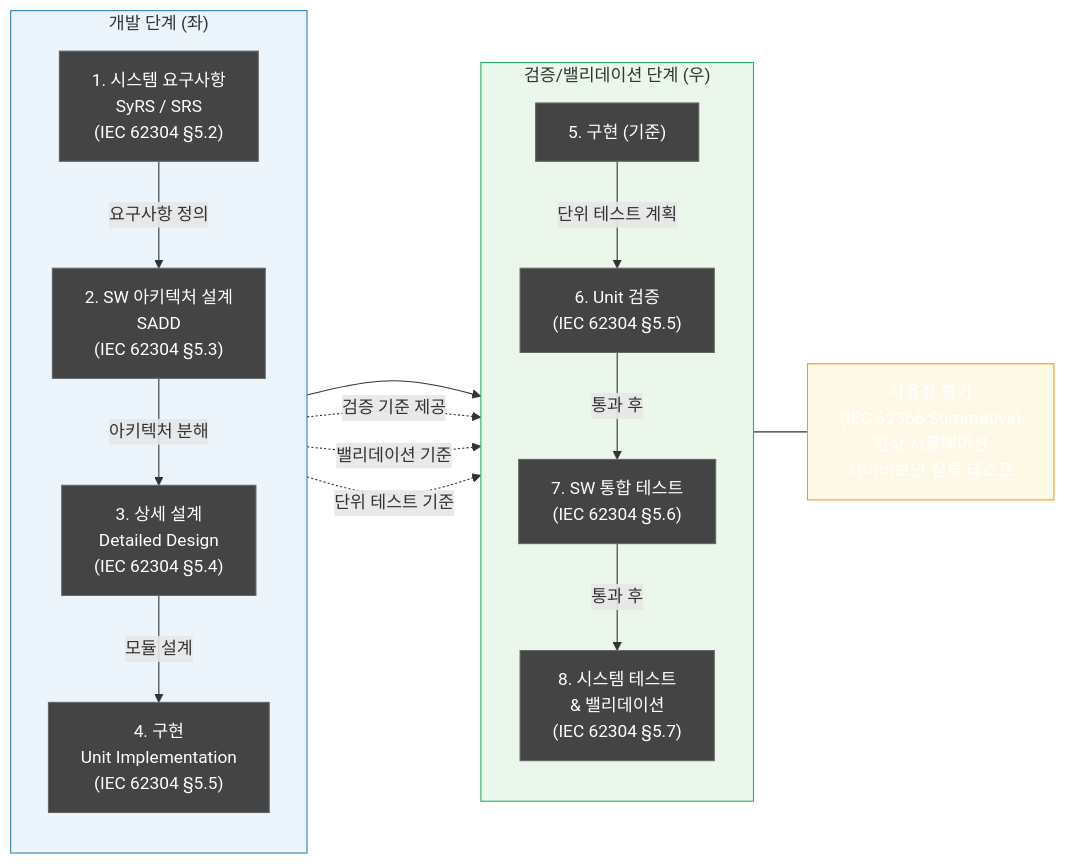
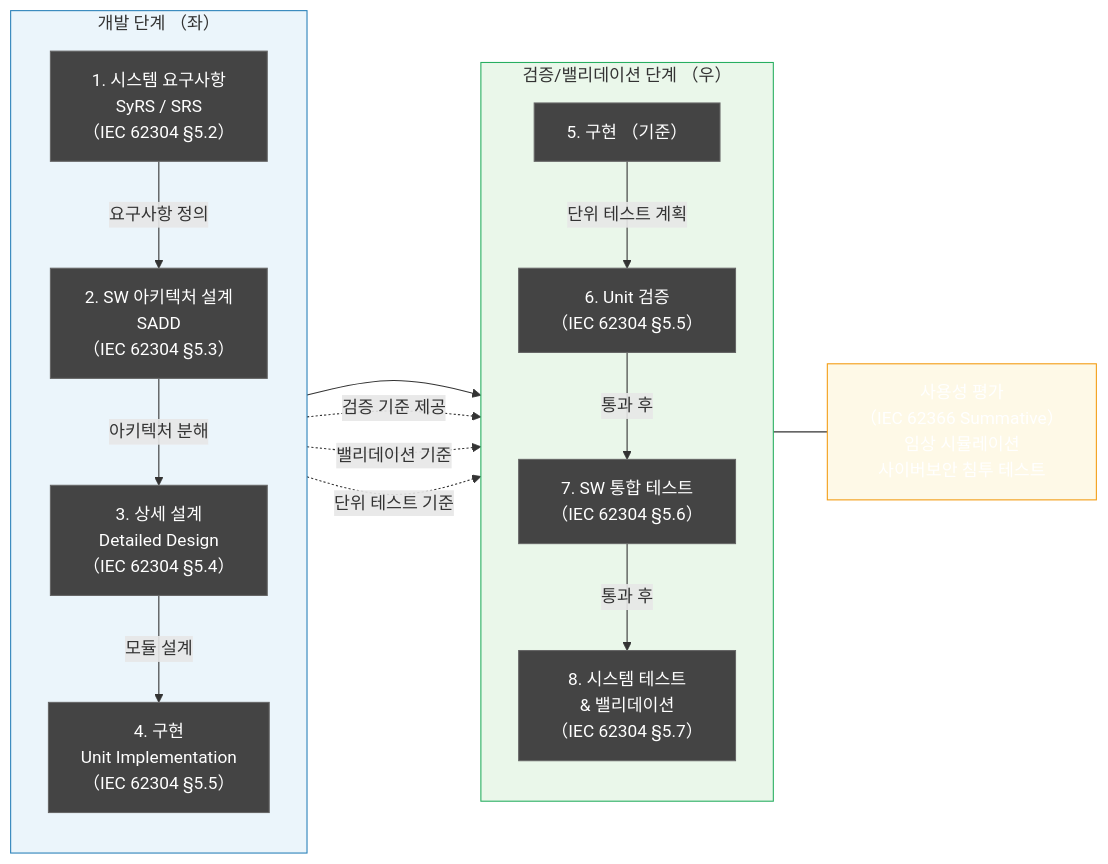
One commit to holee9/console-gui changed the tenth of 10 diagrams in docs/management/WBS-001_WBS_v1.0.md. Above: the diagram before and after it, drawn with Mermaid. The commit also changed other lines of this file and 22 other files, not shown here.

First line of the commit message:
fix: Mermaid flowchart 노드 내 괄호 파싱 오류 전면 수정

````diff
--- a/docs/management/WBS-001_WBS_v1.0.md
+++ b/docs/management/WBS-001_WBS_v1.0.md
@@ -630,38 +630,38 @@
 ```mermaid
 flowchart LR
     classDef default fill:#444,stroke:#666,color:#fff
-    subgraph LEFT["개발 단계 (좌)"]
+    subgraph LEFT["개발 단계 （좌）"]
         direction TB
-        SyRS["1. 시스템 요구사항\nSyRS / SRS\n(IEC 62304 §5.2)"]
-        SADD["2. SW 아키텍처 설계\nSADD\n(IEC 62304 §5.3)"]
-        DD["3. 상세 설계\nDetailed Design\n(IEC 62304 §5.4)"]
-        CODE["4. 구현\nUnit Implementation\n(IEC 62304 §5.5)"]
+        SyRS["1. 시스템 요구사항\nSyRS / SRS\n（IEC 62304 §5.2）"]
+        SADD["2. SW 아키텍처 설계\nSADD\n（IEC 62304 §5.3）"]
+        DD["3. 상세 설계\nDetailed Design\n（IEC 62304 §5.4）"]
+        CODE["4. 구현\nUnit Implementation\n（IEC 62304 §5.5）"]
     end
 
-    subgraph RIGHT["검증/밸리데이션 단계 (우)"]
+    subgraph RIGHT["검증/밸리데이션 단계 （우）"]
         direction TB
-        SysTest["8. 시스템 테스트\n& 밸리데이션\n(IEC 62304 §5.7)"]
-        IntTest["7. SW 통합 테스트\n(IEC 62304 §5.6)"]
-        UnitTest["6. Unit 검증\n(IEC 62304 §5.5)"]
-        CODE2["5. 구현 (기준)"]
+        SysTest["8. 시스템 테스트\n& 밸리데이션\n（IEC 62304 §5.7）"]
+        IntTest["7. SW 통합 테스트\n（IEC 62304 §5.6）"]
+        UnitTest["6. Unit 검증\n（IEC 62304 §5.5）"]
+        CODE2["5. 구현 （기준）"]
     end
 
     SyRS -->|요구사항 정의| SADD
     SADD -->|아키텍처 분해| DD
     DD -->|모듈 설계| CODE
     CODE --> CODE2
 
     CODE2 -->|단위 테스트 계획| UnitTest
     SADD -.->|검증 기준 제공| IntTest
     SyRS -.->|밸리데이션 기준| SysTest
     DD -.->|단위 테스트 기준| UnitTest
 
     UnitTest -->|통과 후| IntTest
     IntTest -->|통과 후| SysTest
 
-    SysTest --- VAL["사용성 평가\n(IEC 62366 Summative)\n임상 시뮬레이션\n사이버보안 침투 테스트"]
+    SysTest --- VAL["사용성 평가\n（IEC 62366 Summative）\n임상 시뮬레이션\n사이버보안 침투 테스트"]
 
     style LEFT fill:#EBF5FB,stroke:#2980B9
     style RIGHT fill:#EAF7EA,stroke:#27AE60
     style VAL fill:#FEF9E7,stroke:#F39C12
 ```
````
